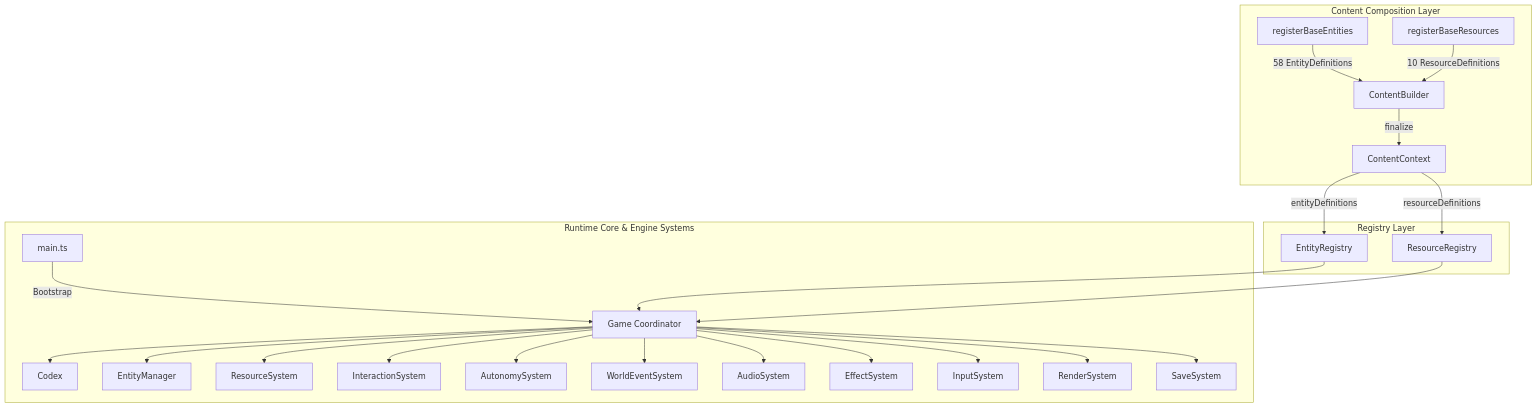
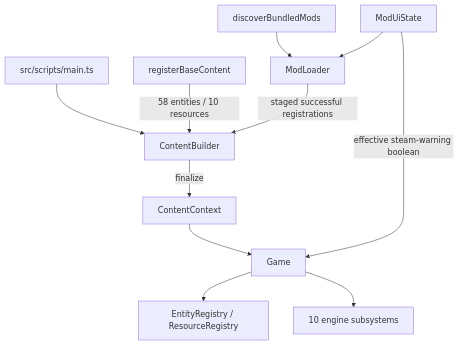
The diagram in docs/architecture.md (arfjdms1/sixty-four-cursed-edition), drawn with Mermaid before and after one commit. The commit also changed other lines of this file and 36 other files, not shown here.

````diff
--- a/docs/architecture.md
+++ b/docs/architecture.md
@@ -11,31 +7,13 @@
 ```mermaid
 flowchart TD
-    subgraph Composition["Content Composition Layer"]
-        Builder[ContentBuilder]
-        RBE[registerBaseEntities] -->|58 EntityDefinitions| Builder
-        RBR[registerBaseResources] -->|10 ResourceDefinitions| Builder
-        Builder -->|finalize| Ctx[ContentContext]
-    end
-
-    subgraph Registries["Registry Layer"]
-        Ctx -->|entityDefinitions| ER[EntityRegistry]
-        Ctx -->|resourceDefinitions| RR[ResourceRegistry]
-    end
-
-    subgraph Runtime["Runtime Core & Engine Systems"]
-        Main[main.ts] -->|Bootstrap| Game[Game Coordinator]
-        ER --> Game
-        RR --> Game
-        Game --> Codex[Codex]
-        Game --> EM[EntityManager]
-        Game --> RS[ResourceSystem]
-        Game --> IS[InteractionSystem]
-        Game --> AS[AutonomySystem]
-        Game --> WES[WorldEventSystem]
-        Game --> Audio[AudioSystem]
-        Game --> Effects[EffectSystem]
-        Game --> Input[InputSystem]
-        Game --> Render[RenderSystem]
-        Game --> Save[SaveSystem]
-    end
+    Main[src/scripts/main.ts] --> Builder[ContentBuilder]
+    Base[registerBaseContent] -->|58 entities / 10 resources| Builder
+    Discovery[discoverBundledMods] --> Loader[ModLoader]
+    UiState[ModUiState] --> Loader
+    Loader -->|staged successful registrations| Builder
+    Builder -->|finalize| Content[ContentContext]
+    Content --> Game[Game]
+    UiState -->|effective steam-warning boolean| Game
+    Game --> Registries[EntityRegistry / ResourceRegistry]
+    Game --> Systems[10 engine subsystems]
 ```
````
